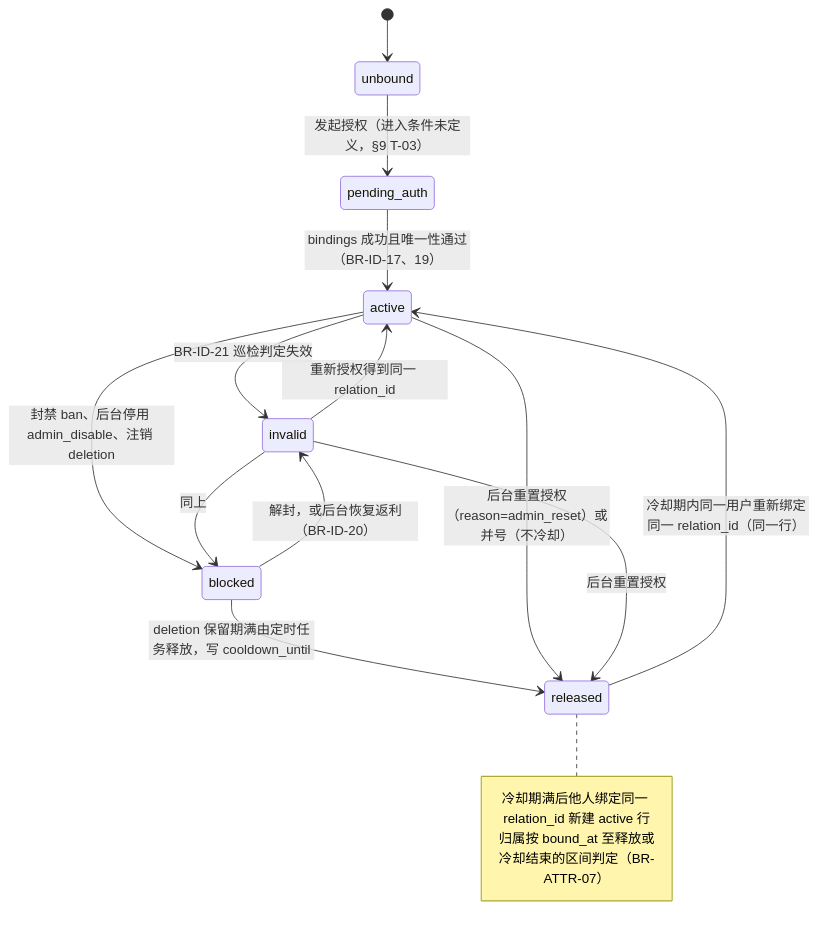
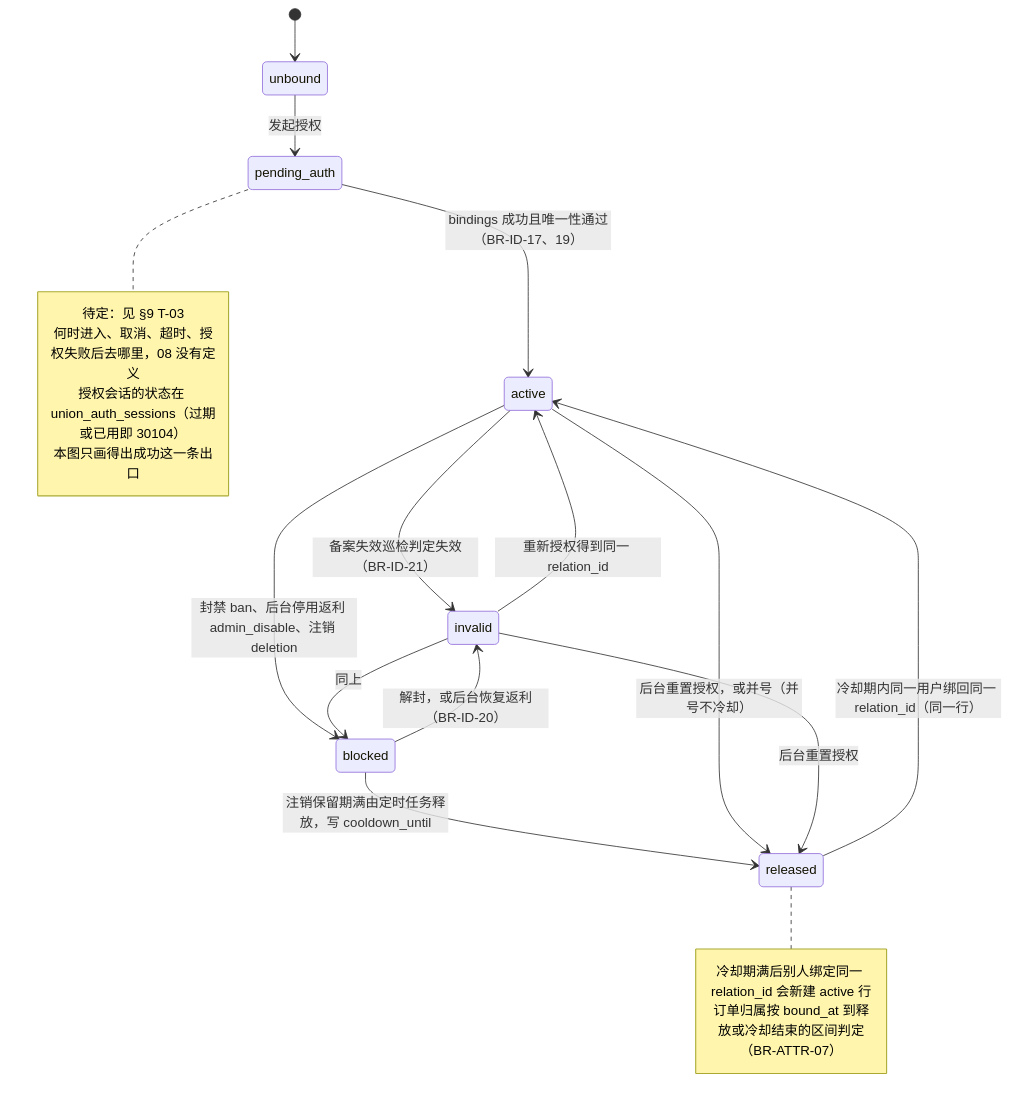
Before and after one commit to zora4523-bot/couli: diagram 37 of 38 in 规划/12_关键流程与状态图.md, drawn with Mermaid. The commit also changed other lines of this file, not shown here.

Commit message:
docs(12): binding state diagram renumbered to 7.4 with pending_auth marked as an upstream gap
Codex round 1 #26 (S1, upstream gap). 08 does not say when a binding enters
pending_auth or where it goes on cancel, timeout or failed authorization
(the session lifecycle lives in union_auth_sessions). The diagram keeps only
the transitions 08 defines and adds a note "pending, see section 9 T-03";
no exits are invented. Record entry for #26.

````diff
--- a/规划/12_关键流程与状态图.md
+++ b/规划/12_关键流程与状态图.md
@@ -2225,19 +2225,25 @@
 ```mermaid
 stateDiagram-v2
   [*] --> unbound
-  unbound --> pending_auth: 发起授权（进入条件未定义，§9 T-03）
+  unbound --> pending_auth: 发起授权
   pending_auth --> active: bindings 成功且唯一性通过（BR-ID-17、19）
-  active --> invalid: BR-ID-21 巡检判定失效
+  active --> invalid: 备案失效巡检判定失效（BR-ID-21）
   invalid --> active: 重新授权得到同一 relation_id
-  active --> blocked: 封禁 ban、后台停用 admin_disable、注销 deletion
+  active --> blocked: 封禁 ban、后台停用返利 admin_disable、注销 deletion
   invalid --> blocked: 同上
   blocked --> invalid: 解封，或后台恢复返利（BR-ID-20）
-  blocked --> released: deletion 保留期满由定时任务释放，写 cooldown_until
-  active --> released: 后台重置授权（reason=admin_reset）或并号（不冷却）
+  blocked --> released: 注销保留期满由定时任务释放，写 cooldown_until
+  active --> released: 后台重置授权，或并号（并号不冷却）
   invalid --> released: 后台重置授权
-  released --> active: 冷却期内同一用户重新绑定同一 relation_id（同一行）
+  released --> active: 冷却期内同一用户绑回同一 relation_id（同一行）
+  note right of pending_auth
+    待定：见 §9 T-03
+    何时进入、取消、超时、授权失败后去哪里，08 没有定义
+    授权会话的状态在 union_auth_sessions（过期或已用即 30104）
+    本图只画得出成功这一条出口
+  end note
   note right of released
-    冷却期满后他人绑定同一 relation_id 新建 active 行
-    归属按 bound_at 至释放或冷却结束的区间判定（BR-ATTR-07）
+    冷却期满后别人绑定同一 relation_id 会新建 active 行
+    订单归属按 bound_at 到释放或冷却结束的区间判定（BR-ATTR-07）
   end note
 ```
````
